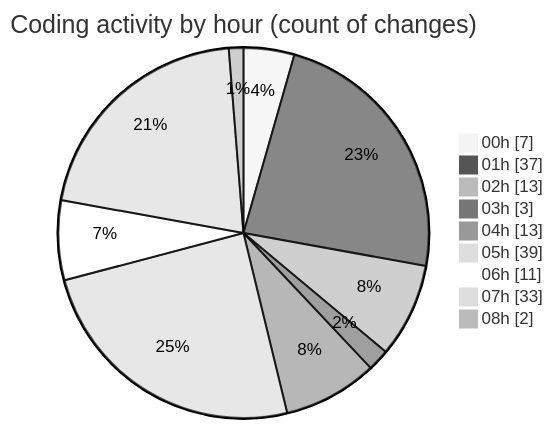
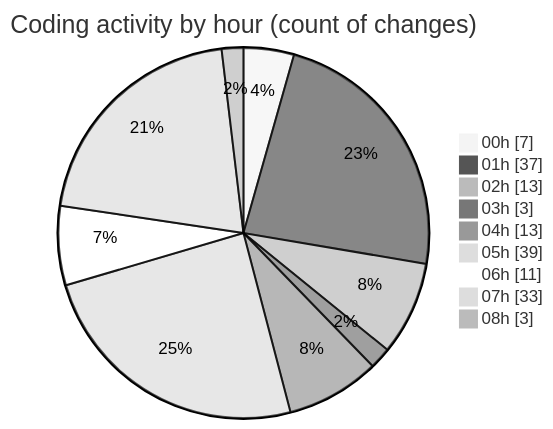
One commit to charlie-sans/code-tracking changed the second of 2 diagrams in 2025-02-23/micros/README.md. Above: the diagram before and after it, drawn with Mermaid (neutral theme). The commit also changed other lines of this file and 1 other file, not shown here.

````diff
--- a/2025-02-23/micros/README.md
+++ b/2025-02-23/micros/README.md
@@ -65,13 +67,13 @@
 ```mermaid
 pie showData
 title Coding activity by hour (count of changes)
 "00h" : 7
 "01h" : 37
 "02h" : 13
 "03h" : 3
 "04h" : 13
 "05h" : 39
 "06h" : 11
 "07h" : 33
-"08h" : 2
+"08h" : 3
 ```
````
